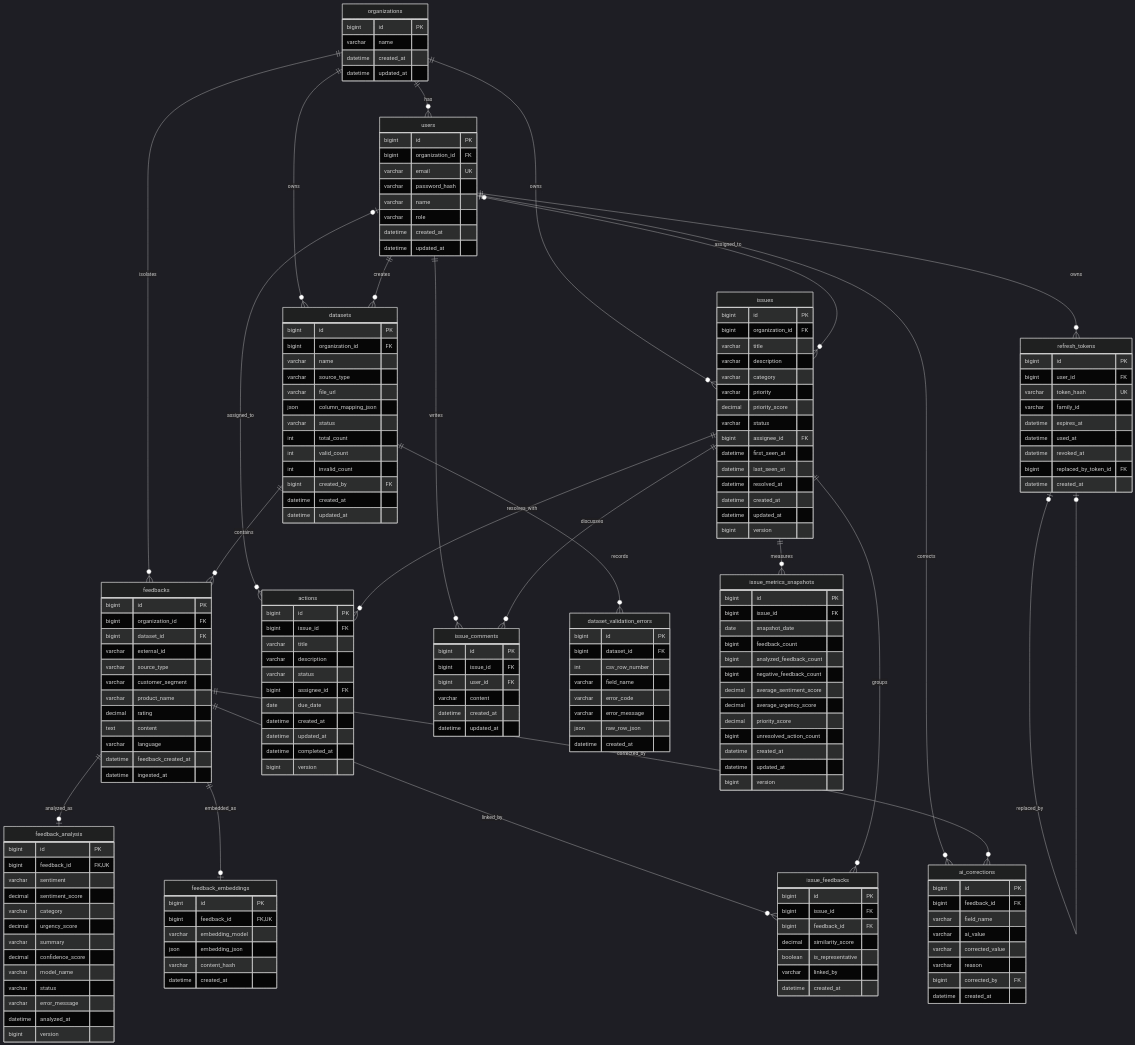
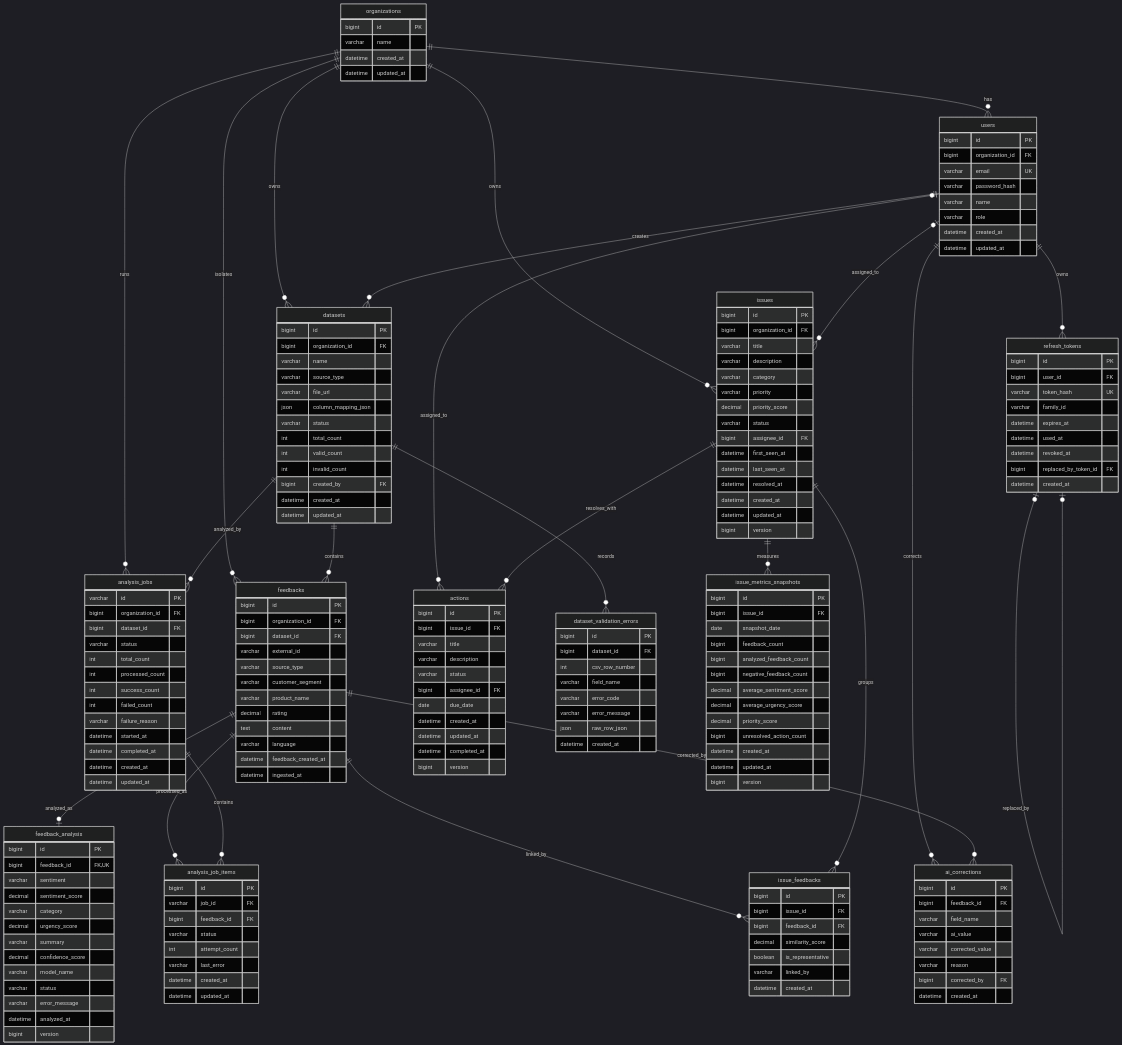
Before and after one commit to JJUNOKIM/voc-actionops: the diagram in docs/erd.md, drawn with Mermaid (dark theme). The commit also changed other lines of this file and 19 other files, not shown here.

```diff
--- a/docs/erd.md
+++ b/docs/erd.md
@@ -13,25 +13,26 @@
     organizations ||--o{ datasets : owns
     organizations ||--o{ feedbacks : isolates
     organizations ||--o{ issues : owns
+    organizations ||--o{ analysis_jobs : runs
 
     users ||--o{ datasets : creates
     users ||--o{ refresh_tokens : owns
     users o|--o{ issues : assigned_to
     users o|--o{ actions : assigned_to
-    users ||--o{ issue_comments : writes
     users ||--o{ ai_corrections : corrects
 
     datasets ||--o{ dataset_validation_errors : records
     datasets ||--o{ feedbacks : contains
+    datasets ||--o{ analysis_jobs : analyzed_by
 
     feedbacks ||--o| feedback_analysis : analyzed_as
-    feedbacks ||--o| feedback_embeddings : embedded_as
+    feedbacks ||--o{ analysis_job_items : processed_as
     feedbacks ||--o{ issue_feedbacks : linked_by
     feedbacks ||--o{ ai_corrections : corrected_by
 
+    analysis_jobs ||--o{ analysis_job_items : contains
     issues ||--o{ issue_feedbacks : groups
     issues ||--o{ actions : resolves_with
-    issues ||--o{ issue_comments : discusses
     issues ||--o{ issue_metrics_snapshots : measures
     refresh_tokens o|--o| refresh_tokens : replaced_by
 
@@ -123,13 +124,31 @@
         bigint version
     }
 
-    feedback_embeddings {
+    analysis_jobs {
+        varchar id PK
+        bigint organization_id FK
+        bigint dataset_id FK
+        varchar status
+        int total_count
+        int processed_count
+        int success_count
+        int failed_count
+        varchar failure_reason
+        datetime started_at
+        datetime completed_at
+        datetime created_at
+        datetime updated_at
+    }
+
+    analysis_job_items {
         bigint id PK
-        bigint feedback_id FK,UK
-        varchar embedding_model
-        json embedding_json
-        varchar content_hash
+        varchar job_id FK
+        bigint feedback_id FK
+        varchar status
+        int attempt_count
+        varchar last_error
         datetime created_at
+        datetime updated_at
     }
 
     issues {
@@ -174,15 +193,6 @@
         bigint version
     }
 
-    issue_comments {
-        bigint id PK
-        bigint issue_id FK
-        bigint user_id FK
-        varchar content
-        datetime created_at
-        datetime updated_at
-    }
-
     ai_corrections {
         bigint id PK
         bigint feedback_id FK
```
